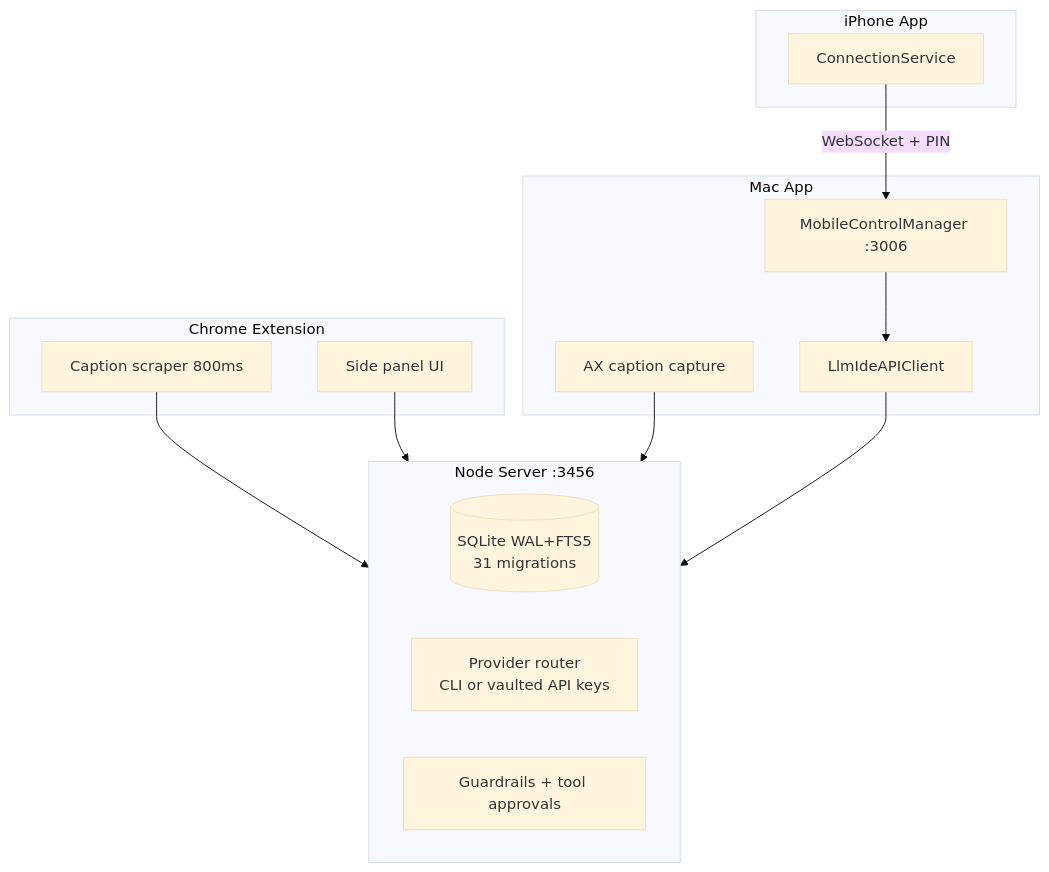
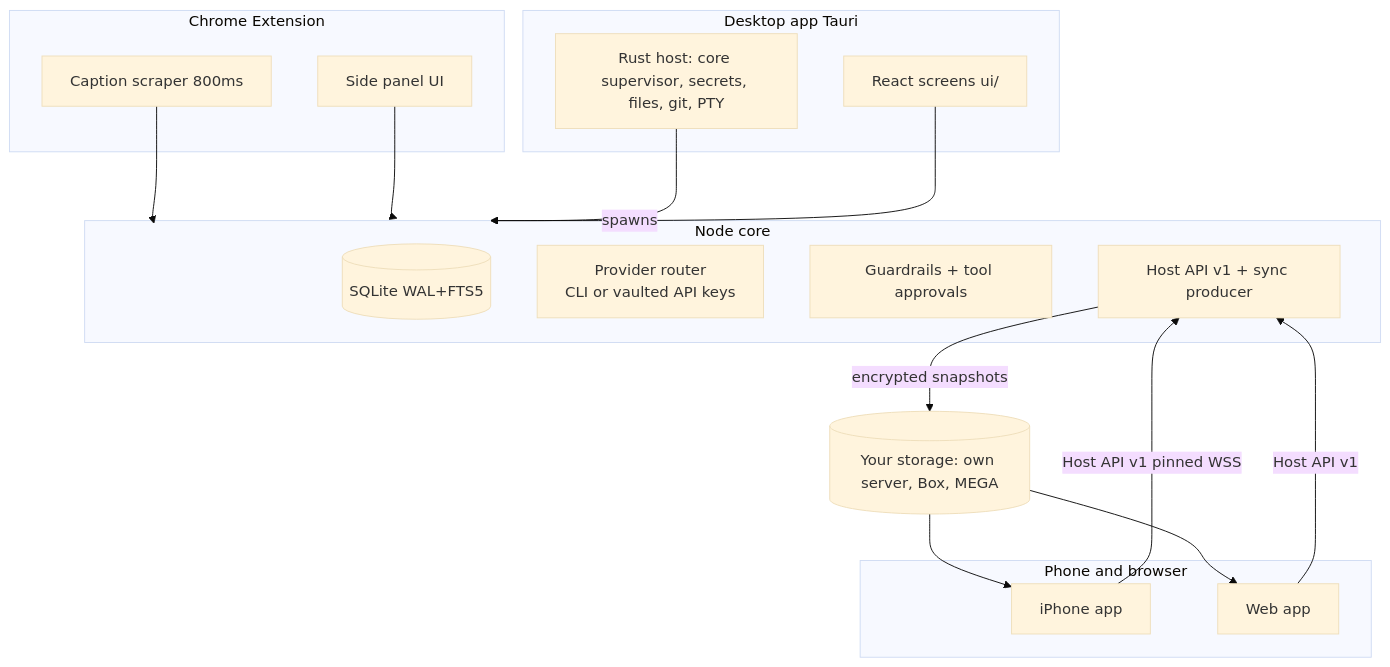
One commit to dnsmalla/llm-ide changed the second of 2 diagrams in README.md. Above: the diagram before and after it, drawn with Mermaid (base theme). The commit also changed other lines of this file and 20 other files, not shown here.

First line of the commit message:
docs: drop the Swift Mac app from the guides, specs and plan

````diff
--- a/README.md
+++ b/README.md
@@ -87,25 +87,30 @@
 ```mermaid
 flowchart TB
     subgraph ext [Chrome Extension]
         CC[Caption scraper 800ms]
         SP[Side panel UI]
     end
-    subgraph srv [Node Server :3456]
-        KB[(SQLite WAL+FTS5<br/>31 migrations)]
+    subgraph desk [Desktop app Tauri]
+        HOST[Rust host: core supervisor, secrets, files, git, PTY]
+        UI[React screens ui/]
+    end
+    subgraph srv [Node core]
+        KB[(SQLite WAL+FTS5)]
         AI[Provider router<br/>CLI or vaulted API keys]
         GR[Guardrails + tool approvals]
+        HA[Host API v1 + sync producer]
     end
-    subgraph mac [Mac App]
-        AX[AX caption capture]
-        MC[MobileControlManager :3006]
-        API[LlmIdeAPIClient]
-    end
-    subgraph ios [iPhone App]
-        WS[ConnectionService]
+    subgraph remote [Phone and browser]
+        IOS[iPhone app]
+        WEB[Web app]
     end
     CC --> srv
     SP --> srv
-    AX --> srv
-    WS -->|WebSocket + PIN| MC
-    MC --> API --> srv
+    HOST -->|spawns| srv
+    UI --> srv
+    IOS -->|Host API v1 pinned WSS| HA
+    WEB -->|Host API v1| HA
+    HA -->|encrypted snapshots| STORE[(Your storage: own server, Box, MEGA)]
+    STORE --> IOS
+    STORE --> WEB
 ```
````
